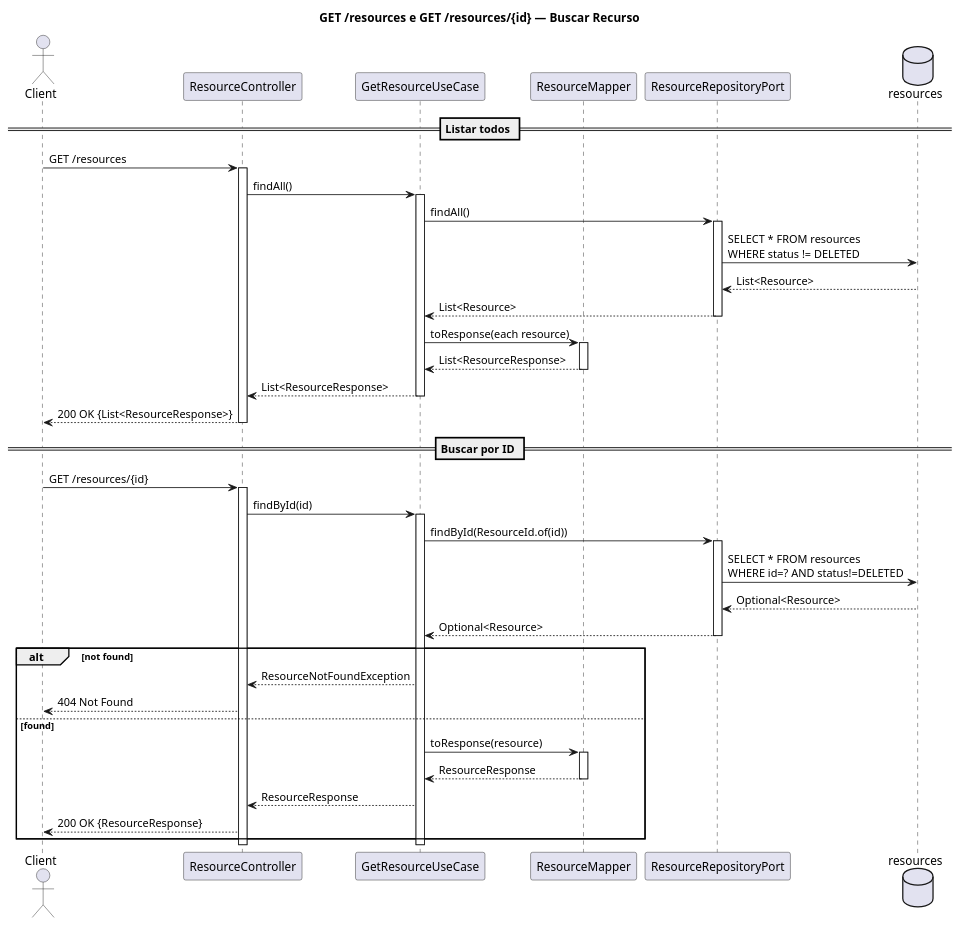
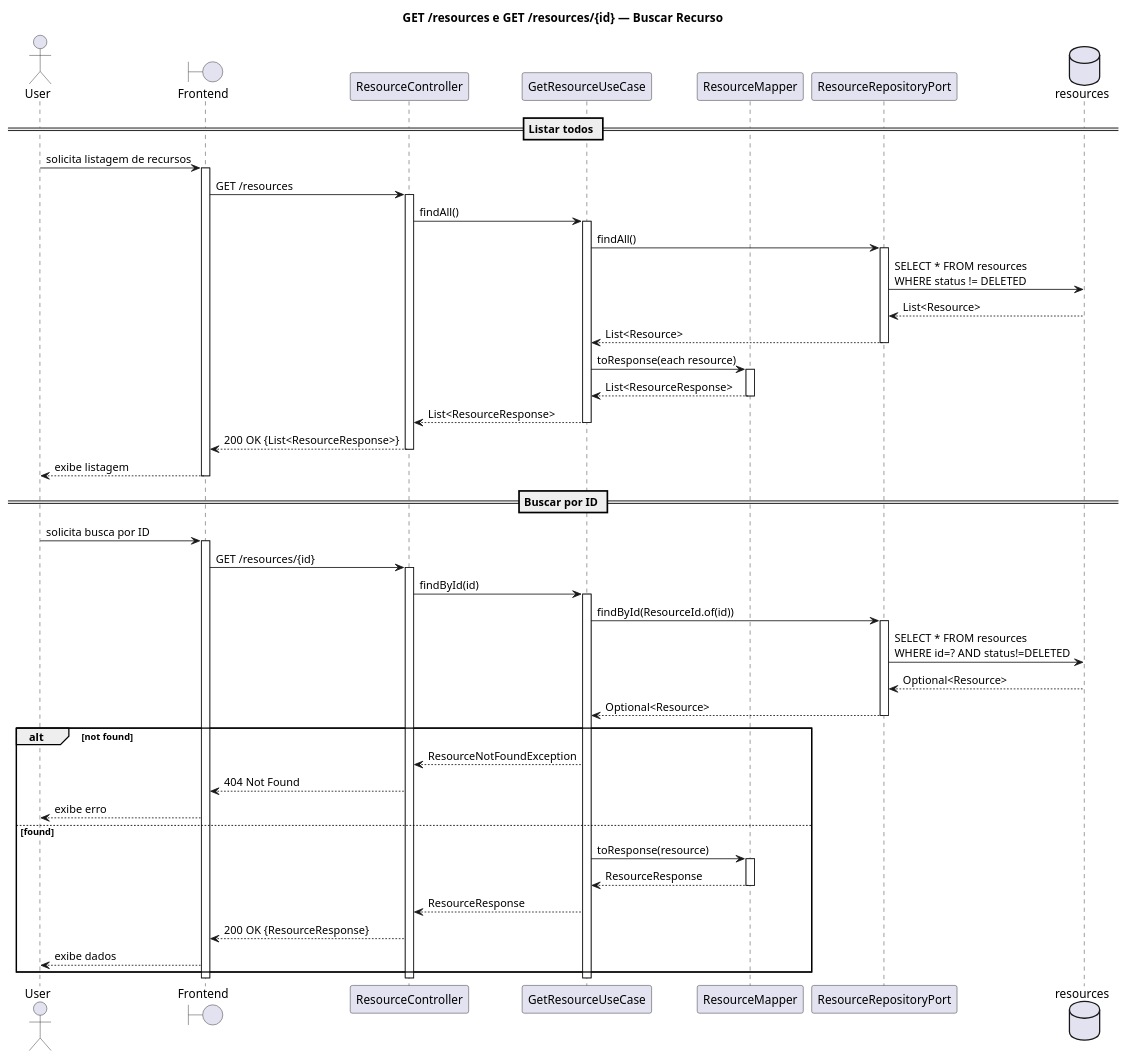
The diagram in sequencia/resource/get_resource.puml (Neoguara/rooms-diagrams), drawn with PlantUML before and after one commit. The commit also changed 28 other files, not shown here.

```diff
--- a/sequencia/resource/get_resource.puml
+++ b/sequencia/resource/get_resource.puml
@@ -1,65 +1,75 @@
 @startuml get_resource
 
 title GET /resources e GET /resources/{id} — Buscar Recurso
 
-actor Client
+actor User
+boundary "Frontend" as FE
 participant "ResourceController" as Ctrl
 participant "GetResourceUseCase" as UC
 participant "ResourceMapper" as Mapper
 participant "ResourceRepositoryPort" as Repo
 database "resources" as DB
 
 == Listar todos ==
 
-Client -> Ctrl: GET /resources
+User -> FE: solicita listagem de recursos
+activate FE
+FE -> Ctrl: GET /resources
 activate Ctrl
 Ctrl -> UC: findAll()
 activate UC
 
 UC -> Repo: findAll()
 activate Repo
 Repo -> DB: SELECT * FROM resources\nWHERE status != DELETED
 DB --> Repo: List<Resource>
 Repo --> UC: List<Resource>
 deactivate Repo
 
 UC -> Mapper: toResponse(each resource)
 activate Mapper
 Mapper --> UC: List<ResourceResponse>
 deactivate Mapper
 
 UC --> Ctrl: List<ResourceResponse>
 deactivate UC
-Ctrl --> Client: 200 OK {List<ResourceResponse>}
+Ctrl --> FE: 200 OK {List<ResourceResponse>}
 deactivate Ctrl
+FE --> User: exibe listagem
+deactivate FE
 
 == Buscar por ID ==
 
-Client -> Ctrl: GET /resources/{id}
+User -> FE: solicita busca por ID
+activate FE
+FE -> Ctrl: GET /resources/{id}
 activate Ctrl
 Ctrl -> UC: findById(id)
 activate UC
 
 UC -> Repo: findById(ResourceId.of(id))
 activate Repo
 Repo -> DB: SELECT * FROM resources\nWHERE id=? AND status!=DELETED
 DB --> Repo: Optional<Resource>
 Repo --> UC: Optional<Resource>
 deactivate Repo
 
 alt not found
   UC --> Ctrl: ResourceNotFoundException
-  Ctrl --> Client: 404 Not Found
+  Ctrl --> FE: 404 Not Found
+  FE --> User: exibe erro
 else found
   UC -> Mapper: toResponse(resource)
   activate Mapper
   Mapper --> UC: ResourceResponse
   deactivate Mapper
   UC --> Ctrl: ResourceResponse
-  Ctrl --> Client: 200 OK {ResourceResponse}
+  Ctrl --> FE: 200 OK {ResourceResponse}
+  FE --> User: exibe dados
 end
 
 deactivate UC
 deactivate Ctrl
+deactivate FE
 
 @enduml
```
